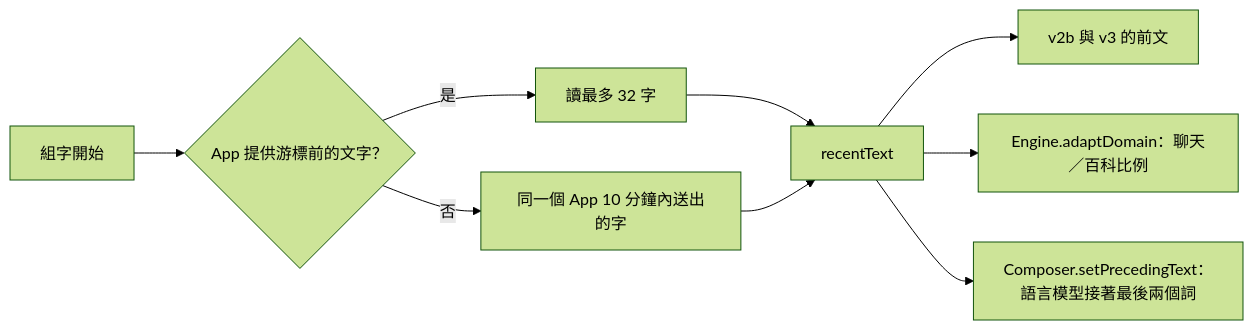
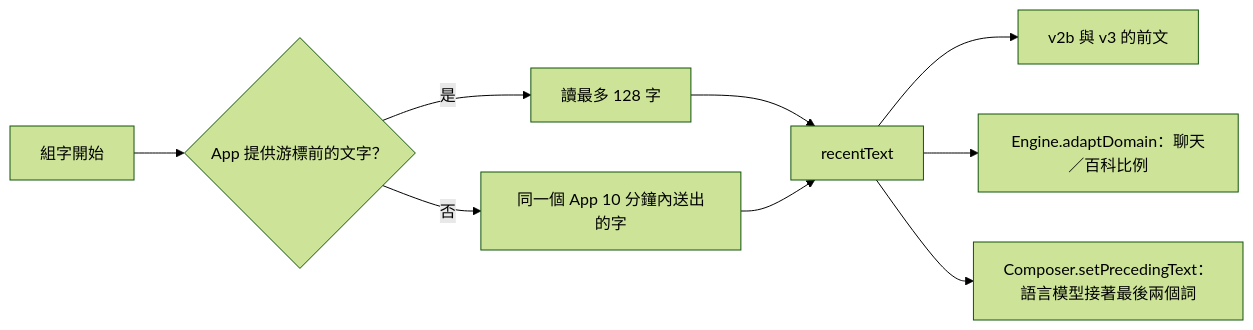
The third of 6 diagrams in docs/ARCHITECTURE.md (henry753951/ZhuyinType), drawn with Mermaid (forest theme) before and after one commit. The commit also changed other lines of this file and 49 other files, not shown here.

````diff
--- a/docs/ARCHITECTURE.md
+++ b/docs/ARCHITECTURE.md
@@ -82,11 +82,11 @@
 ```mermaid
 flowchart LR
     A["組字開始"] --> B{"App 提供游標前的文字？"}
-    B -- 是 --> C["讀最多 32 字"]
+    B -- 是 --> C["讀最多 128 字"]
     B -- 否 --> D["同一個 App 10 分鐘內送出的字"]
     C --> E["recentText"]
     D --> E
     E --> F["v2b 與 v3 的前文"]
     E --> G["Engine.adaptDomain：聊天／百科比例"]
     E --> H["Composer.setPrecedingText：語言模型接著最後兩個詞"]
 ```
````
